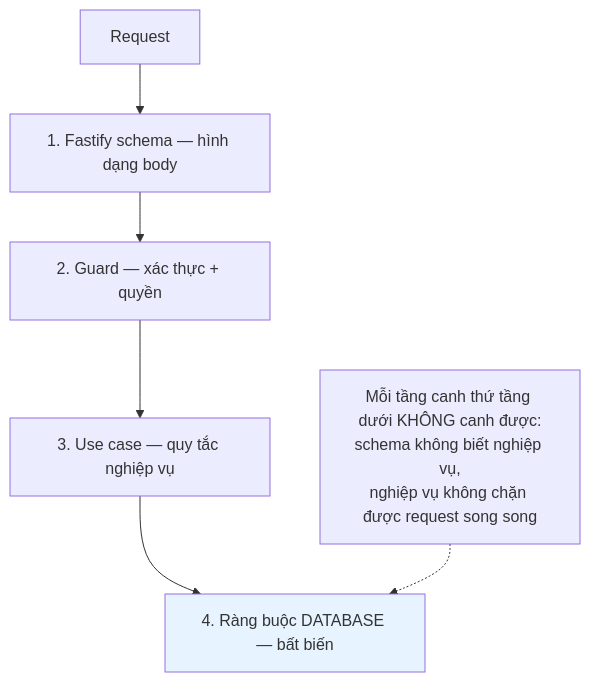
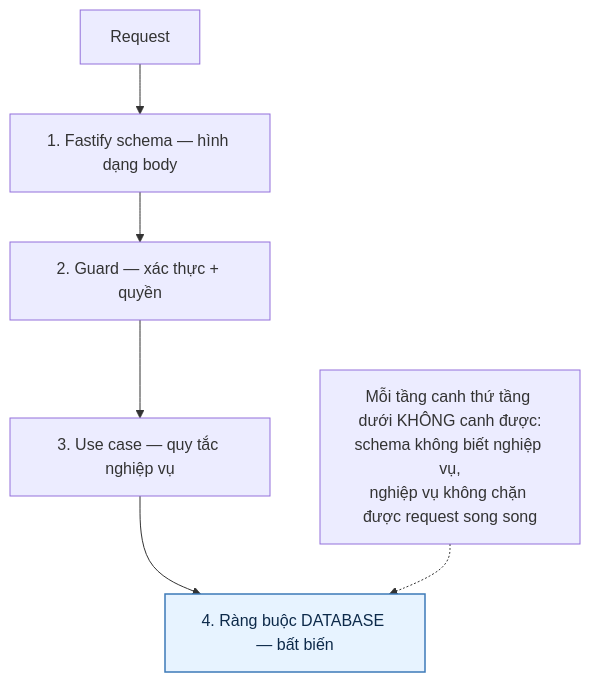
The sixth of 6 diagrams in docs/diagram/26-api-conventions.md (fdshn/trueheart), drawn with Mermaid before and after one commit. The commit also changed other lines of this file and 30 other files, not shown here.

First line of the commit message:
docs(diagram): chữ trong khối tô màu đọc được ở cả giao diện sáng và tối

````diff
--- a/docs/diagram/26-api-conventions.md
+++ b/docs/diagram/26-api-conventions.md
@@ -114,11 +114,11 @@
 ```mermaid
 flowchart TD
     A[Request] --> B["1. Fastify schema — hình dạng body"]
     B --> C["2. Guard — xác thực + quyền"]
     C --> D["3. Use case — quy tắc nghiệp vụ"]
     D --> E["4. Ràng buộc DATABASE — bất biến"]
 
     F["Mỗi tầng canh thứ tầng dưới KHÔNG canh được:<br/>schema không biết nghiệp vụ,<br/>nghiệp vụ không chặn được request song song"] -.-> E
 
-    style E fill:#e7f3ff
+    style E fill:#e7f3ff,stroke:#3d7ab8,stroke-width:1.5px,color:#0d2a4a
 ```
````
